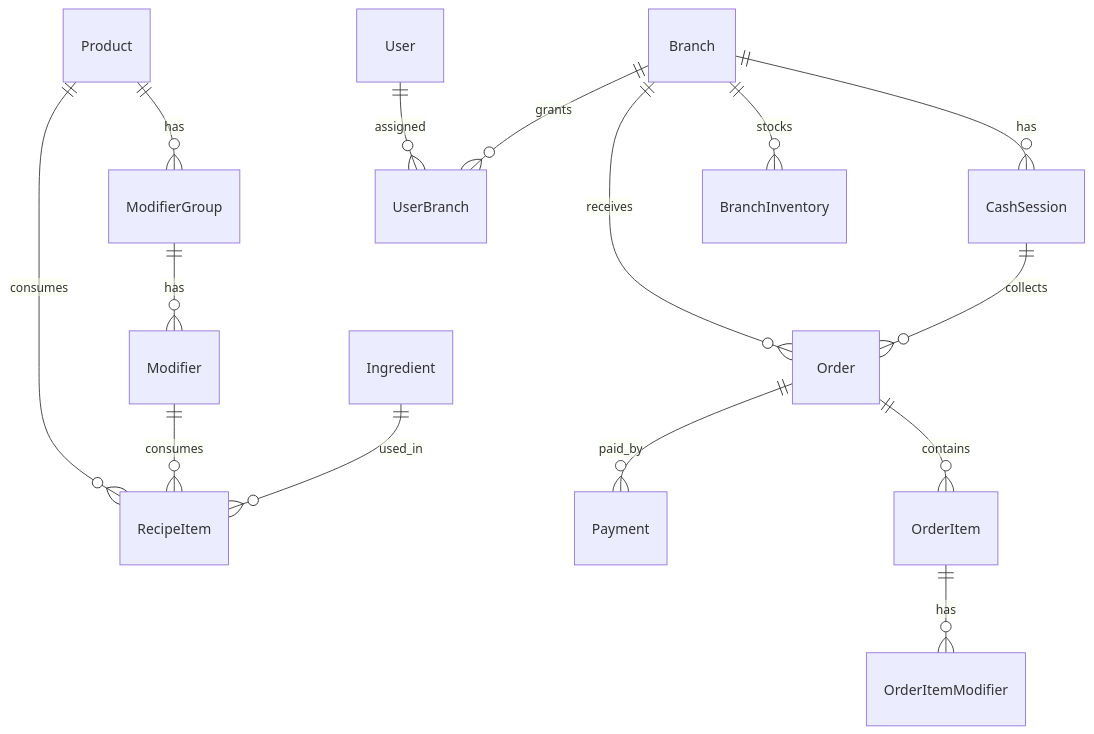
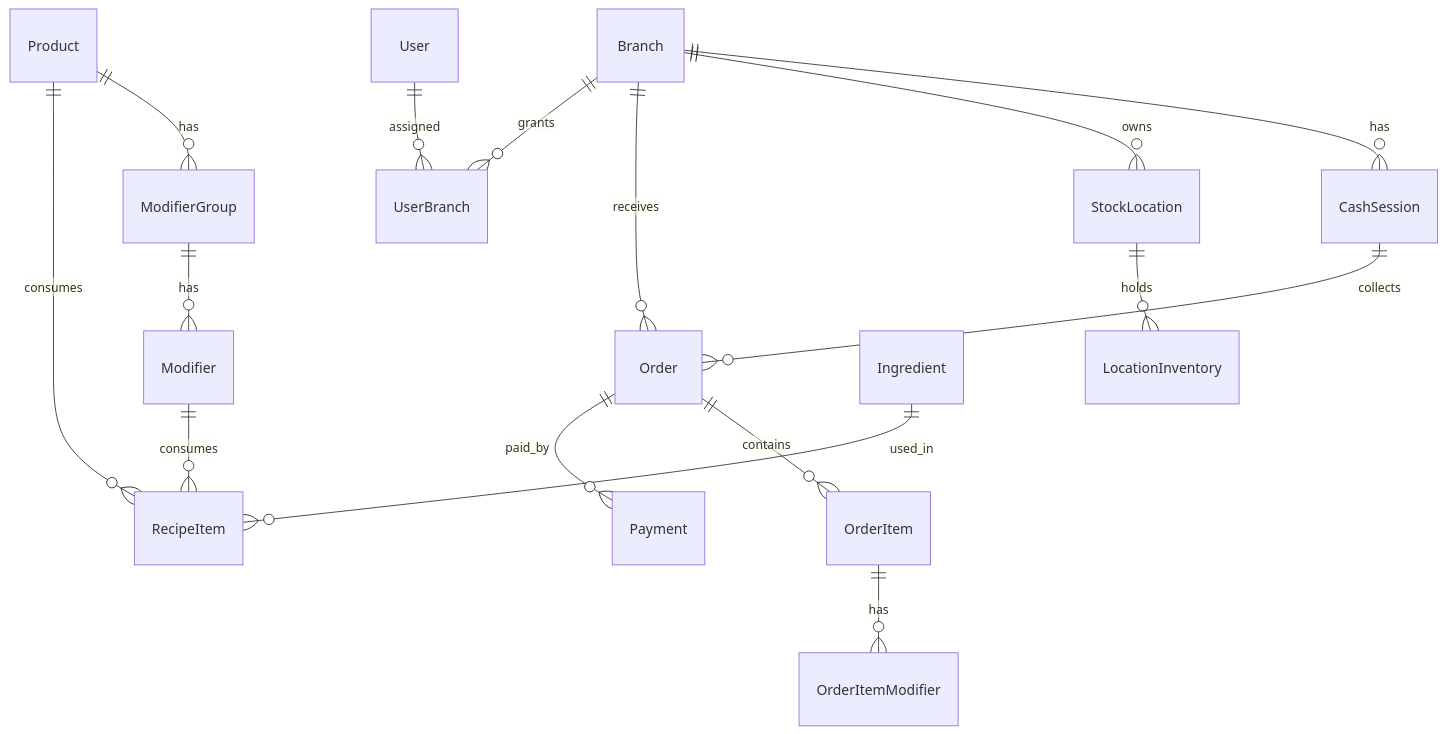
One commit to carloshugoeg/infinito-pos changed the diagram in docs/APP_CONTEXT.md. Above: the diagram before and after it, drawn with Mermaid. The commit also changed other lines of this file and 19 other files, not shown here.

First line of the commit message:
feat(inventory): central bodega + per-branch quiosco inventory (#17)

````diff
--- a/docs/APP_CONTEXT.md
+++ b/docs/APP_CONTEXT.md
@@ -202,17 +205,18 @@
 ```mermaid
 erDiagram
   Branch ||--o{ CashSession : has
-  Branch ||--o{ BranchInventory : stocks
+  Branch ||--o{ StockLocation : owns
+  StockLocation ||--o{ LocationInventory : holds
   Branch ||--o{ Order : receives
   User ||--o{ UserBranch : assigned
   Branch ||--o{ UserBranch : grants
   Product ||--o{ ModifierGroup : has
   ModifierGroup ||--o{ Modifier : has
   Product ||--o{ RecipeItem : consumes
   Modifier ||--o{ RecipeItem : consumes
   Ingredient ||--o{ RecipeItem : used_in
   Order ||--o{ OrderItem : contains
   OrderItem ||--o{ OrderItemModifier : has
   Order ||--o{ Payment : paid_by
   CashSession ||--o{ Order : collects
 ```
````
